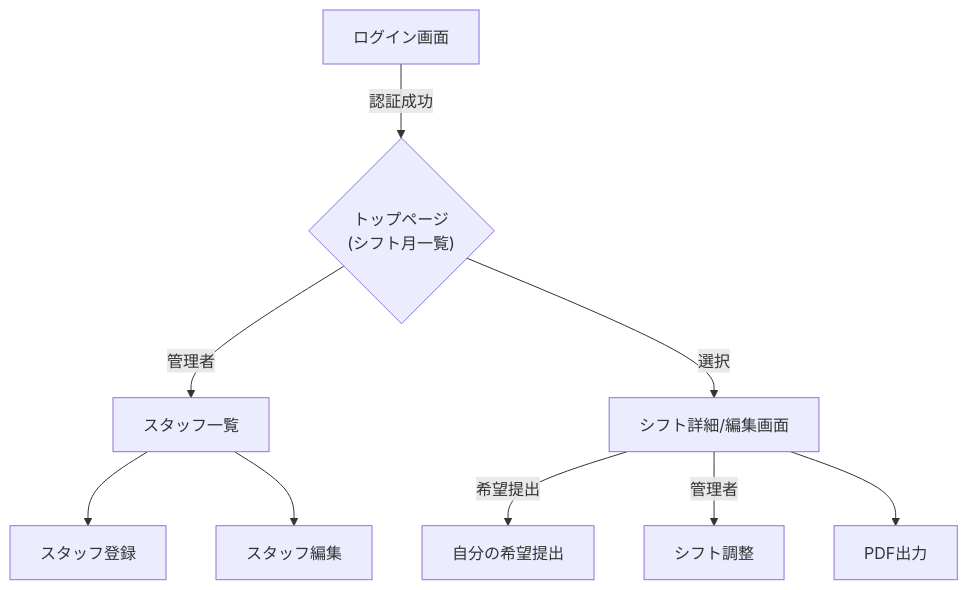
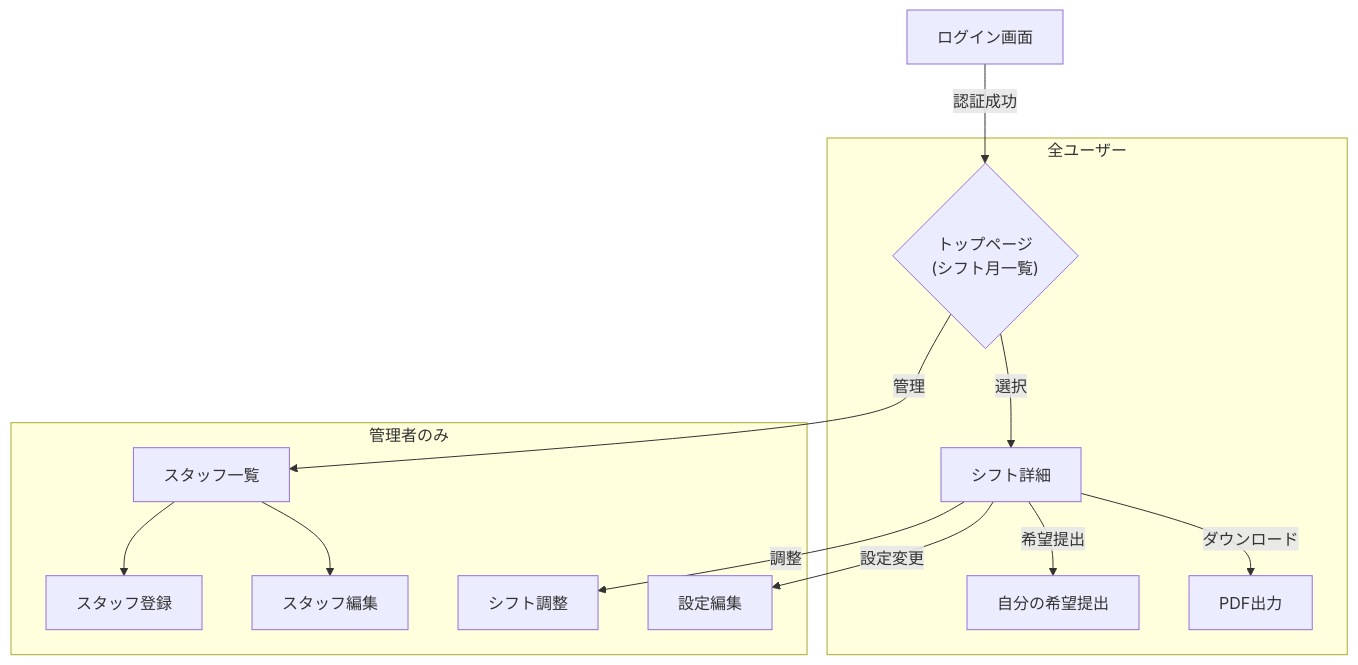
Before and after one commit to machamu-24/shift_app: the second of 2 diagrams in README.md, drawn with Mermaid.

````diff
--- a/README.md
+++ b/README.md
@@ -82,13 +82,19 @@
 ```mermaid
 graph TD
     Login[ログイン画面] -->|認証成功| Root{"トップページ<br>(シフト月一覧)"}
-    Root -->|管理者| StaffIndex[スタッフ一覧]
-    Root -->|選択| ShiftShow[シフト詳細/編集画面]
-    
-    StaffIndex --> StaffNew[スタッフ登録]
-    StaffIndex --> StaffEdit[スタッフ編集]
 
-    ShiftShow -->|希望提出| MyRequests[自分の希望提出]
-    ShiftShow -->|管理者| ShiftAdjust[シフト調整]
-    ShiftShow --> PDFExport[PDF出力]
+    subgraph 全ユーザー
+        Root -->|選択| ShiftShow[シフト詳細]
+        ShiftShow -->|希望提出| MyRequests[自分の希望提出]
+        ShiftShow -->|ダウンロード| PDFExport[PDF出力]
+    end
+
+    subgraph 管理者のみ
+        Root -->|管理| StaffIndex[スタッフ一覧]
+        StaffIndex --> StaffNew[スタッフ登録]
+        StaffIndex --> StaffEdit[スタッフ編集]
+
+        ShiftShow -->|調整| ShiftAdjust[シフト調整]
+        ShiftShow -->|設定変更| ShiftEdit[設定編集]
+    end
 ```
````
